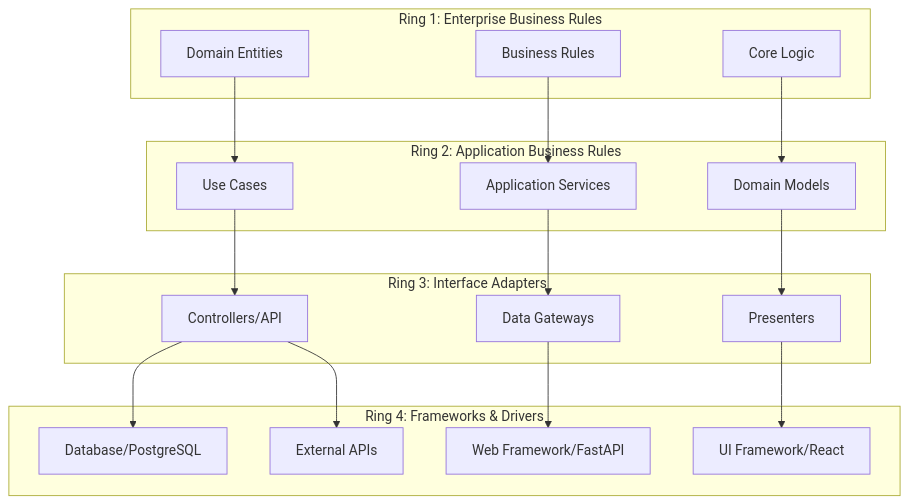
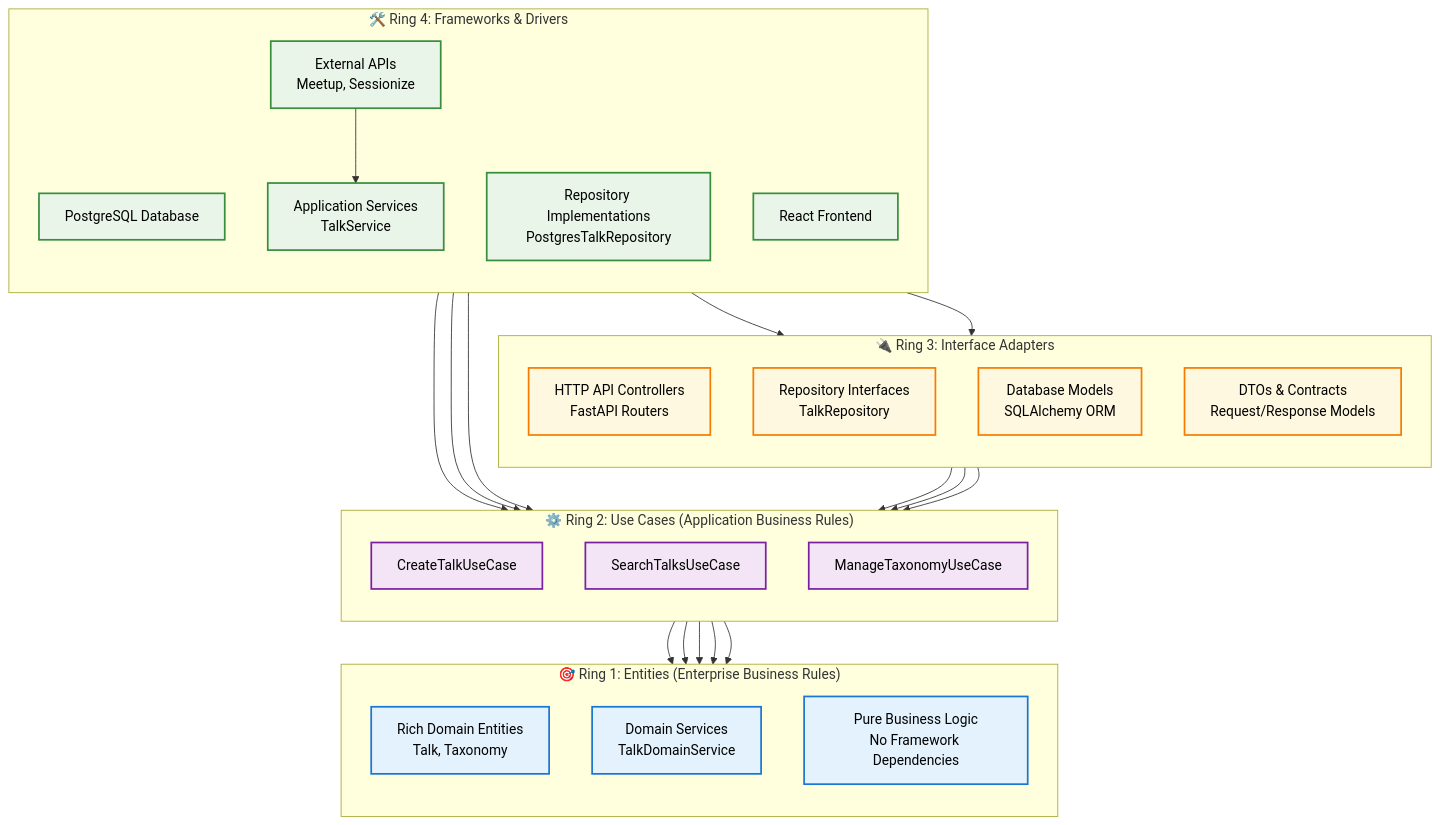
One commit to PythonIreland/python_ireland_talk_database changed the first of 4 diagrams in ARCHITECTURE.md. Above: the diagram before and after it, drawn with Mermaid. The commit also changed other lines of this file and 11 other files, not shown here.

````diff
--- a/ARCHITECTURE.md
+++ b/ARCHITECTURE.md
@@ -7,38 +11,60 @@
 ```mermaid
-graph TB
-    subgraph "Ring 1: Enterprise Business Rules"
-        E1[Domain Entities]
-        E2[Business Rules]
-        E3[Core Logic]
+graph TD
+    subgraph R1 ["🎯 Ring 1: Entities (Enterprise Business Rules)"]
+        direction TB
+        E1[Rich Domain Entities<br/>Talk, Taxonomy]
+        E2[Domain Services<br/>TalkDomainService]
+        E3[Pure Business Logic<br/>No Framework Dependencies]
     end
 
-    subgraph "Ring 2: Application Business Rules"
-        A1[Use Cases]
-        A2[Application Services]
-        A3[Domain Models]
+    subgraph R2 ["⚙️ Ring 2: Use Cases (Application Business Rules)"]
+        direction TB
+        U1[CreateTalkUseCase]
+        U2[SearchTalksUseCase]
+        U3[ManageTaxonomyUseCase]
     end
 
-    subgraph "Ring 3: Interface Adapters"
-        I1[Controllers/API]
-        I2[Data Gateways]
-        I3[Presenters]
+    subgraph R3 ["🔌 Ring 3: Interface Adapters"]
+        direction TB
+        I1[HTTP API Controllers<br/>FastAPI Routers]
+        I2[Repository Interfaces<br/>TalkRepository]
+        I3[Database Models<br/>SQLAlchemy ORM]
+        I4[DTOs & Contracts<br/>Request/Response Models]
     end
 
-    subgraph "Ring 4: Frameworks & Drivers"
-        F1[Database/PostgreSQL]
-        F2[Web Framework/FastAPI]
-        F3[UI Framework/React]
-        F4[External APIs]
+    subgraph R4 ["🛠️ Ring 4: Frameworks & Drivers"]
+        direction TB
+        F1[PostgreSQL Database]
+        F2[Repository Implementations<br/>PostgresTalkRepository]
+        F3[External APIs<br/>Meetup, Sessionize]
+        F4[React Frontend]
+        F5[Application Services<br/>TalkService]
     end
 
-    E1 --> A1
-    E2 --> A2
-    E3 --> A3
-    A1 --> I1
-    A2 --> I2
-    A3 --> I3
-    I1 --> F1
-    I2 --> F2
-    I3 --> F3
-    I1 --> F4
+    %% Dependencies point inward (Architecture rule)
+    F2 --> I2
+    F1 --> I2
+    F3 --> F5
+    F5 --> U1
+    F5 --> U2
+    F5 --> U3
+    I1 --> U1
+    I1 --> U2
+    I1 --> U3
+    U1 --> E1
+    U1 --> E2
+    U2 --> E1
+    U2 --> E2
+    U3 --> E1
+
+    %% Styling
+    classDef ring1 fill:#e3f2fd,stroke:#1976d2,stroke-width:2px,color:#000
+    classDef ring2 fill:#f3e5f5,stroke:#7b1fa2,stroke-width:2px,color:#000
+    classDef ring3 fill:#fff8e1,stroke:#f57c00,stroke-width:2px,color:#000
+    classDef ring4 fill:#e8f5e8,stroke:#388e3c,stroke-width:2px,color:#000
+
+    class E1,E2,E3 ring1
+    class U1,U2,U3 ring2
+    class I1,I2,I3,I4 ring3
+    class F1,F2,F3,F4,F5 ring4
 ```
````
